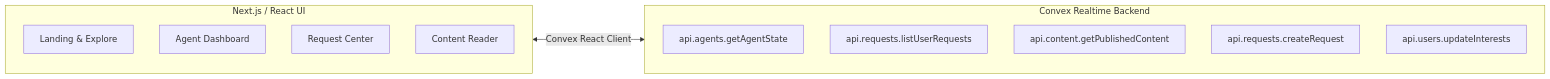
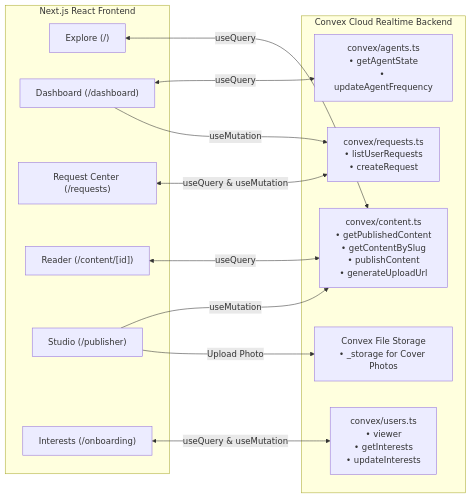
Before and after one commit to AmritSDutta/moitrii_frontend: the diagram in README.md, drawn with Mermaid. The commit also changed other lines of this file and 11 other files, not shown here.

````diff
--- a/README.md
+++ b/README.md
@@ -81,19 +81,28 @@
 ```mermaid
 flowchart LR
-    subgraph Frontend ["Next.js / React UI"]
-        UI_Home["Landing & Explore"]
-        UI_Dash["Agent Dashboard"]
-        UI_Req["Request Center"]
-        UI_Reader["Content Reader"]
+    subgraph Frontend ["Next.js React Frontend"]
+        P_Home["Explore (/)"]
+        P_Dash["Dashboard (/dashboard)"]
+        P_Req["Request Center (/requests)"]
+        P_Reader["Reader (/content/[id])"]
+        P_Pub["Studio (/publisher)"]
+        P_Onb["Interests (/onboarding)"]
     end
 
-    subgraph Convex ["Convex Realtime Backend"]
-        Q_Agent["api.agents.getAgentState"]
-        Q_Req["api.requests.listUserRequests"]
-        Q_Content["api.content.getPublishedContent"]
-        M_Req["api.requests.createRequest"]
-        M_User["api.users.updateInterests"]
+    subgraph ConvexBackend ["Convex Cloud Realtime Backend"]
+        F_Content["convex/content.ts<br/>• getPublishedContent<br/>• getContentBySlug<br/>• publishContent<br/>• generateUploadUrl"]
+        F_Agents["convex/agents.ts<br/>• getAgentState<br/>• updateAgentFrequency"]
+        F_Requests["convex/requests.ts<br/>• listUserRequests<br/>• createRequest"]
+        F_Users["convex/users.ts<br/>• viewer<br/>• getInterests<br/>• updateInterests"]
+        F_Storage["Convex File Storage<br/>• _storage for Cover Photos"]
     end
 
-    Frontend <-->|"Convex React Client"| Convex
+    P_Home <-->|useQuery| F_Content
+    P_Reader <-->|useQuery| F_Content
+    P_Pub -->|useMutation| F_Content
+    P_Pub -->|Upload Photo| F_Storage
+    P_Dash <-->|useQuery| F_Agents
+    P_Dash -->|useMutation| F_Requests
+    P_Req <-->|useQuery & useMutation| F_Requests
+    P_Onb <-->|useQuery & useMutation| F_Users
 ```
````
